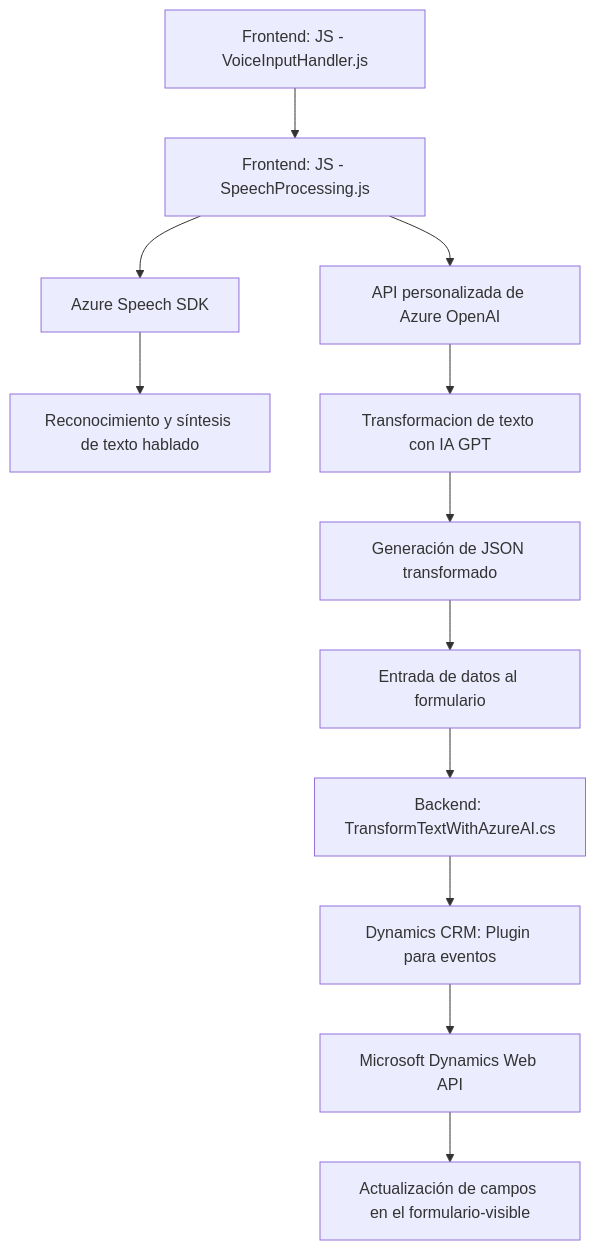
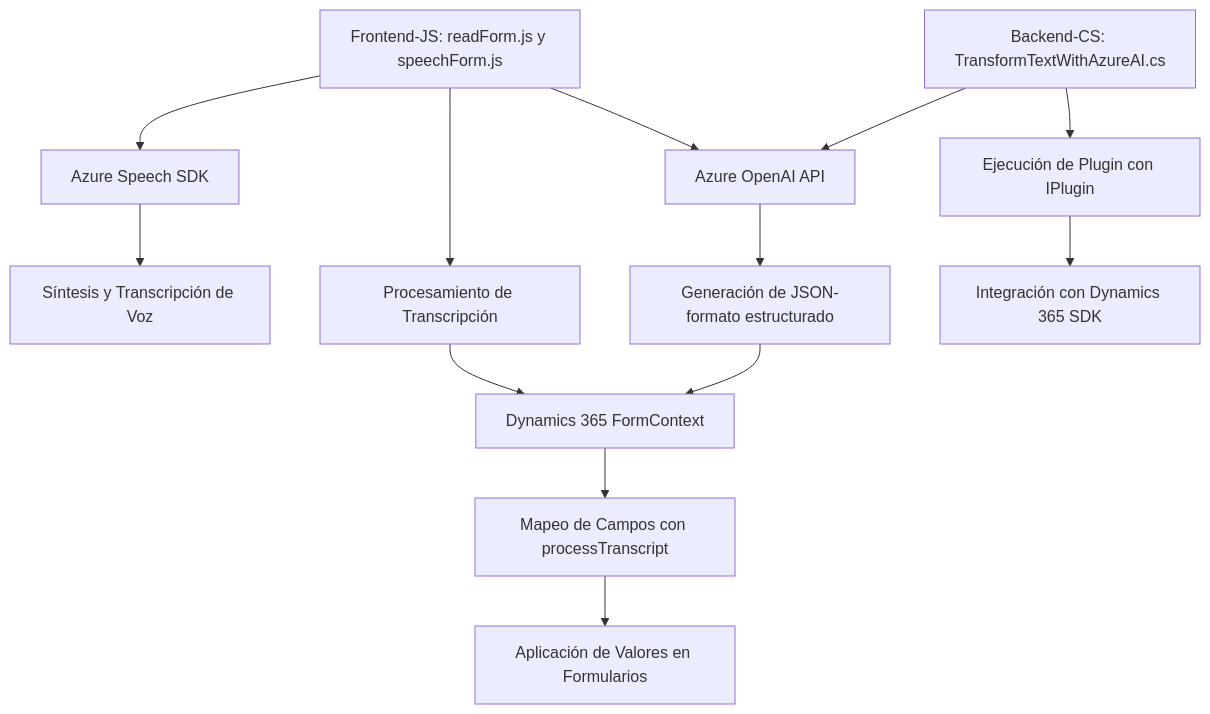
Before and after one commit to blopezdm/NETCORE_BILBAO2025: the diagram in README.md, drawn with Mermaid. The commit also changed other lines of this file, not shown here.

Commit message:
Actualizar análisis global de la solución con IA

````diff
--- a/README.md
+++ b/README.md
@@ -59,14 +60,17 @@
 ```mermaid
 graph TD
-    A["Frontend: JS - VoiceInputHandler.js"] --> B["Frontend: JS - SpeechProcessing.js"]
-    B --> C["Azure Speech SDK"]
-    C --> D["Reconocimiento y síntesis de texto hablado"]
-    B --> E["API personalizada de Azure OpenAI"]
-    E --> F["Transformacion de texto con IA GPT"]
-    F --> G["Generación de JSON transformado"]
-    G --> H["Entrada de datos al formulario"]
-    H --> I["Backend: TransformTextWithAzureAI.cs"]
-    I --> J["Dynamics CRM: Plugin para eventos"]
-    J --> K["Microsoft Dynamics Web API"]
-    K --> L["Actualización de campos en el formulario-visible"]
+    A["Frontend-JS: readForm.js y speechForm.js"] --> B["Azure Speech SDK"]
+    B --> C["Síntesis y Transcripción de Voz"]
+    A --> D["Procesamiento de Transcripción"]
+    D --> E["Dynamics 365 FormContext"]
+    E --> F["Mapeo de Campos con processTranscript"]
+    F --> G["Aplicación de Valores en Formularios"]
+
+    A --> J["Azure OpenAI API"]
+    J --> K["Generación de JSON-formato estructurado"]
+    K --> E
+
+    L["Backend-CS: TransformTextWithAzureAI.cs"] --> J
+    L --> M["Ejecución de Plugin con IPlugin"]
+    M --> N["Integración con Dynamics 365 SDK"]
 ```
````
